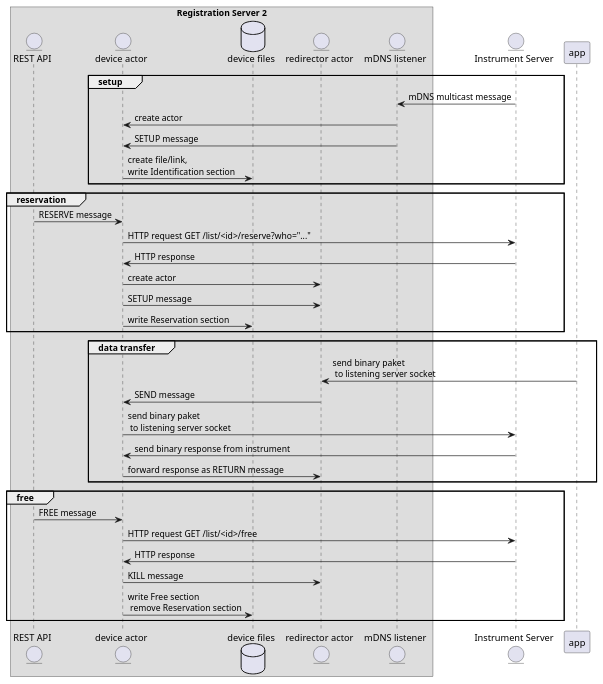
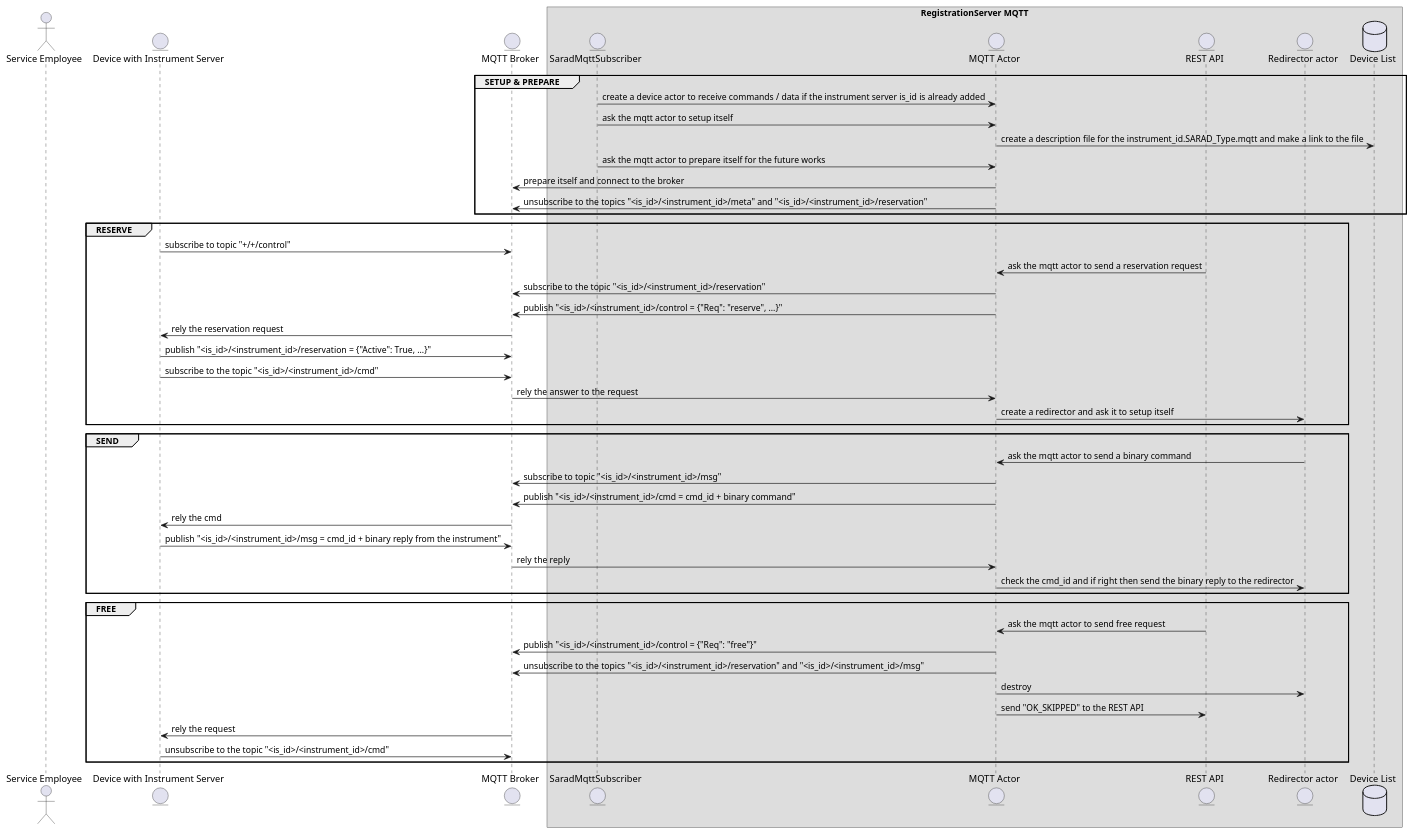
One commit to SARAD-GmbH/RegServer changed the diagram in doc/source/uml-mqtt_actor.puml. Above: the diagram before and after it, drawn with PlantUML. The commit also changed 4 other files, not shown here.

First line of the commit message:
Docs: Move UML diagrams to separate files

```diff
--- a/doc/source/uml-mqtt_actor.puml
+++ b/doc/source/uml-mqtt_actor.puml
@@ -1,39 +1,54 @@
 @startuml
-box "Registration Server 2"
-	      entity "REST API" as api
-	      entity "device actor" as deviceactor
-        database "device files" as files
-        entity "redirector actor" as redirector
-        entity "mDNS listener" as listener
+actor "Service Employee" as user
+entity "Device with Instrument Server" as is_mqtt
+entity "MQTT Broker" as broker
+box "RegistrationServer MQTT"
+entity "SaradMqttSubscriber" as subscriber
+entity "MQTT Actor" as mqtt_actor
+entity "REST API" as rest_api
+entity "Redirector actor" as redirector
+database "Device List" as d_list
 end box
-entity "Instrument Server" as is
 
-group setup
-        is -> listener: mDNS multicast message
-        listener -> deviceactor: create actor
-        listener -> deviceactor: SETUP message
-        deviceactor -> files: create file/link,\nwrite Identification section
+group SETUP & PREPARE
+    subscriber -> mqtt_actor : create a device actor to receive commands / data if the instrument server is_id is already added
+    subscriber -> mqtt_actor : ask the mqtt actor to setup itself
+    mqtt_actor -> d_list : create a description file for the instrument_id.SARAD_Type.mqtt and make a link to the file
+    subscriber -> mqtt_actor : ask the mqtt actor to prepare itself for the future works
+    mqtt_actor -> broker : prepare itself and connect to the broker
+    mqtt_actor -> broker : unsubscribe to the topics "<is_id>/<instrument_id>/meta" and "<is_id>/<instrument_id>/reservation"
 end
-group reservation
-	      api -> deviceactor: RESERVE message
-        deviceactor -> is: HTTP request GET /list/<id>/reserve?who="..."
-        is -> deviceactor: HTTP response
-        deviceactor -> redirector: create actor
-        deviceactor -> redirector: SETUP message
-        deviceactor -> files: write Reservation section
+
+group RESERVE
+    is_mqtt -> broker : subscribe to topic "+/+/control"
+    rest_api -> mqtt_actor : ask the mqtt actor to send a reservation request
+    mqtt_actor -> broker : subscribe to the topic "<is_id>/<instrument_id>/reservation"
+    mqtt_actor -> broker : publish "<is_id>/<instrument_id>/control = {"Req": "reserve", ...}"
+    broker -> is_mqtt : rely the reservation request
+    is_mqtt -> broker : publish "<is_id>/<instrument_id>/reservation = {"Active": True, ...}"
+    is_mqtt -> broker : subscribe to the topic "<is_id>/<instrument_id>/cmd"
+    broker -> mqtt_actor : rely the answer to the request
+    mqtt_actor -> redirector : create a redirector and ask it to setup itself
 end
-group data transfer
-	      app -> redirector: send binary paket\n to listening server socket
-        redirector -> deviceactor: SEND message
-        deviceactor -> is: send binary paket\n to listening server socket
-        is -> deviceactor: send binary response from instrument
-        deviceactor -> redirector: forward response as RETURN message
+
+group SEND
+    redirector -> mqtt_actor : ask the mqtt actor to send a binary command
+    mqtt_actor -> broker : subscribe to topic "<is_id>/<instrument_id>/msg"
+    mqtt_actor -> broker : publish "<is_id>/<instrument_id>/cmd = cmd_id + binary command"
+    broker -> is_mqtt : rely the cmd
+    is_mqtt -> broker : publish "<is_id>/<instrument_id>/msg = cmd_id + binary reply from the instrument"
+    broker -> mqtt_actor : rely the reply
+    mqtt_actor -> redirector : check the cmd_id and if right then send the binary reply to the redirector
 end
-group free
-	      api -> deviceactor: FREE message
-        deviceactor -> is: HTTP request GET /list/<id>/free
-        is -> deviceactor: HTTP response
-        deviceactor -> redirector: KILL message
-        deviceactor -> files: write Free section\n remove Reservation section
+
+group FREE
+    rest_api -> mqtt_actor : ask the mqtt actor to send free request
+    mqtt_actor -> broker : publish "<is_id>/<instrument_id>/control = {"Req": "free"}"
+    mqtt_actor -> broker : unsubscribe to the topics "<is_id>/<instrument_id>/reservation" and "<is_id>/<instrument_id>/msg"
+    mqtt_actor -> redirector : destroy
+    mqtt_actor -> rest_api : send "OK_SKIPPED" to the REST API
+    broker -> is_mqtt : rely the request
+    is_mqtt -> broker : unsubscribe to the topic "<is_id>/<instrument_id>/cmd"
 end
+
 @enduml
```
